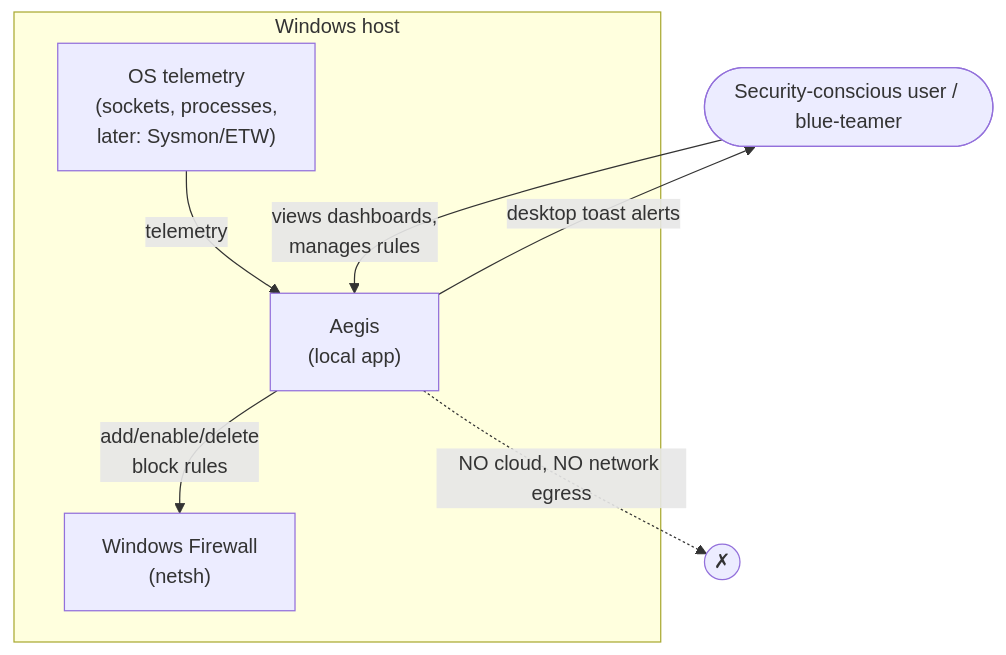
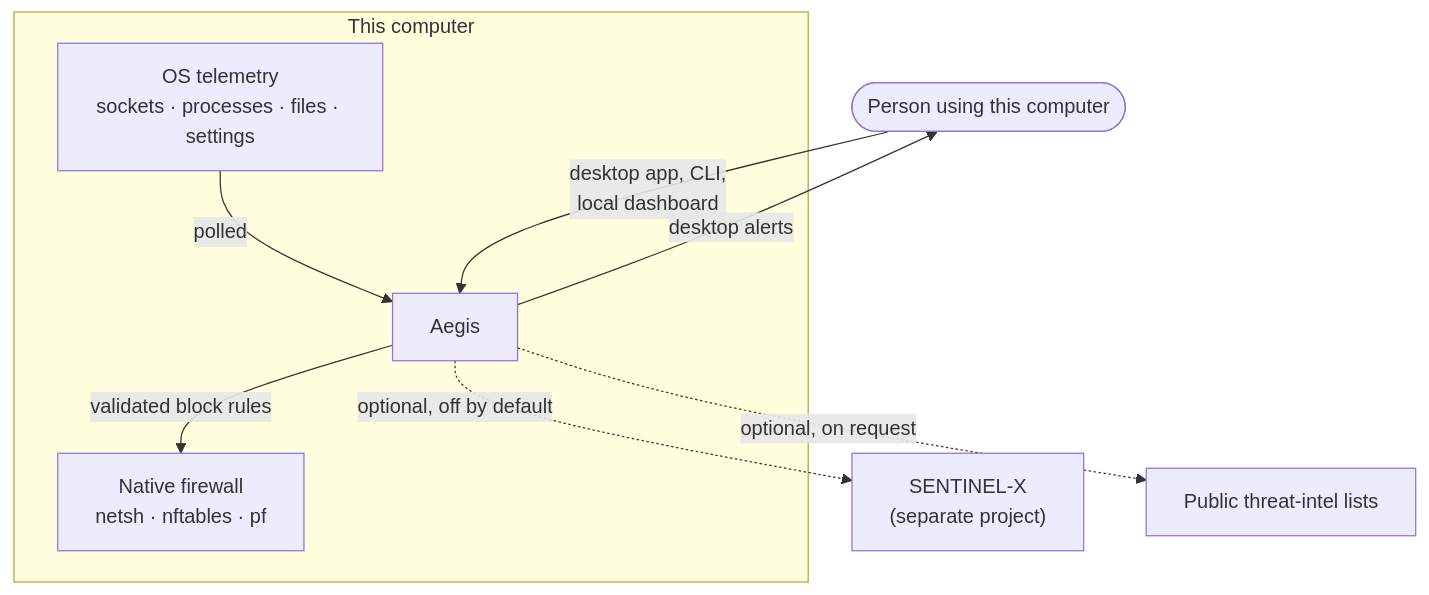
One commit to om-jangam/aegis changed the first of 2 diagrams in docs/ARCHITECTURE.md. Above: the diagram before and after it, drawn with Mermaid. The commit also changed other lines of this file and 33 other files, not shown here.

First line of the commit message:
Add optional SENTINEL-X export and lock Aegis to endpoint scope

````diff
--- a/docs/ARCHITECTURE.md
+++ b/docs/ARCHITECTURE.md
@@ -41,14 +50,15 @@
 ```mermaid
 flowchart TB
-    user([Security-conscious user / blue-teamer])
-    subgraph host["Windows host"]
-        aegis["Aegis<br/>(local app)"]
-        fw["Windows Firewall<br/>(netsh)"]
-        os["OS telemetry<br/>(sockets, processes,<br/>later: Sysmon/ETW)"]
+    user([Person using this computer])
+    subgraph host["This computer"]
+        aegis["Aegis"]
+        fw["Native firewall<br/>netsh · nftables · pf"]
+        os["OS telemetry<br/>sockets · processes · files · settings"]
     end
-    user -->|views dashboards,<br/>manages rules| aegis
-    os -->|telemetry| aegis
-    aegis -->|add/enable/delete<br/>block rules| fw
-    aegis -->|desktop toast alerts| user
-    aegis -.->|NO cloud, NO network egress| x((✗))
+    user -->|desktop app, CLI,<br/>local dashboard| aegis
+    os -->|polled| aegis
+    aegis -->|validated block rules| fw
+    aegis -->|desktop alerts| user
+    aegis -. optional, off by default .-> sx["SENTINEL-X<br/>(separate project)"]
+    aegis -. optional, on request .-> feeds["Public threat-intel lists"]
 ```
````
